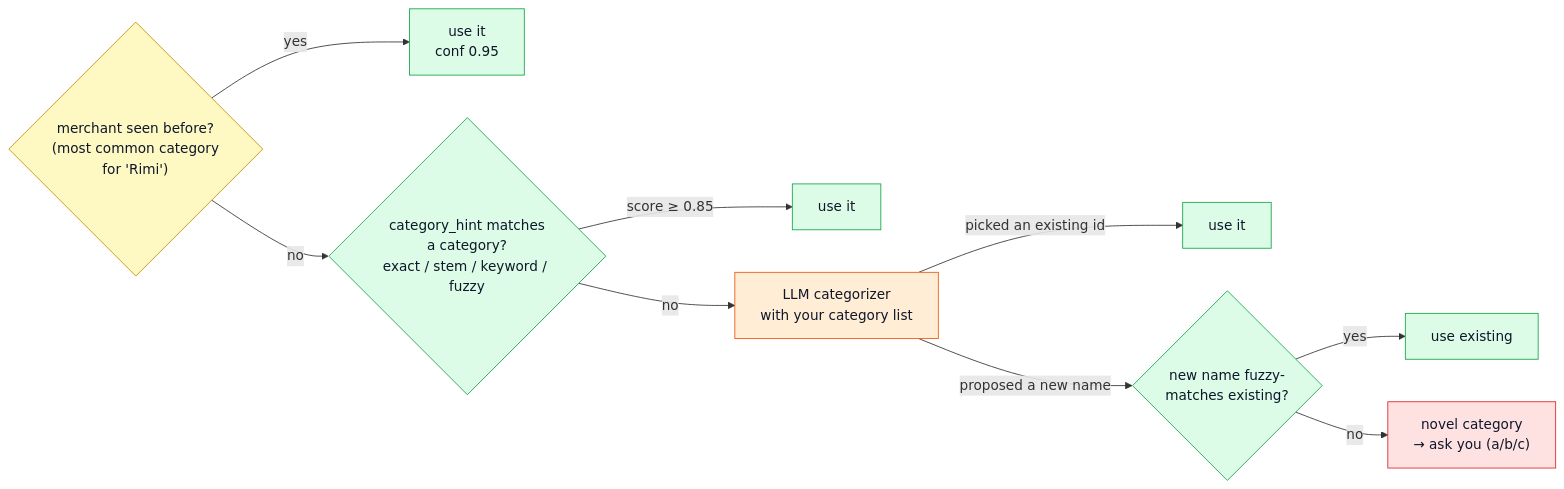
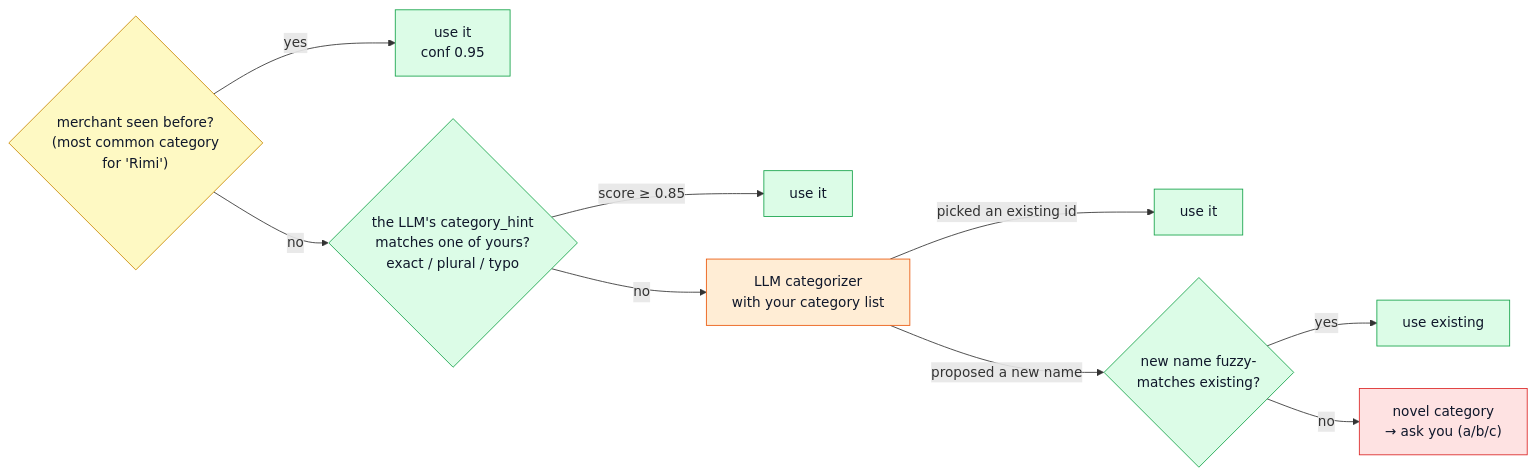
The third of 7 diagrams in docs/03-orchestrator.md (ShishirRijal/PocketAI), drawn with Mermaid before and after one commit. The commit also changed other lines of this file and 9 other files, not shown here.

````diff
--- a/docs/03-orchestrator.md
+++ b/docs/03-orchestrator.md
@@ -78,16 +78,16 @@
 ```mermaid
 flowchart LR
   M{"merchant seen before?<br/>(most common category<br/>for 'Rimi')"}:::store -- yes --> A["use it<br/>conf 0.95"]:::core
-  M -- no --> N{"category_hint matches<br/>a category?<br/>exact / stem / keyword / fuzzy"}:::core
+  M -- no --> N{"the LLM's category_hint<br/>matches one of yours?<br/>exact / plural / typo"}:::core
   N -- "score ≥ 0.85" --> B["use it"]:::core
   N -- no --> L["LLM categorizer<br/>with your category list"]:::ai
   L -- "picked an existing id" --> C["use it"]:::core
   L -- "proposed a new name" --> R{"new name fuzzy-<br/>matches existing?"}:::core
   R -- yes --> D["use existing"]:::core
   R -- no --> NEW["novel category<br/>→ ask you (a/b/c)"]:::ask
 
   classDef core fill:#dcfce7,stroke:#16a34a,color:#0f172a
   classDef ai fill:#ffedd5,stroke:#ea580c,color:#0f172a
   classDef store fill:#fef9c3,stroke:#ca8a04,color:#0f172a
   classDef ask fill:#fee2e2,stroke:#dc2626,color:#0f172a
 ```
````
